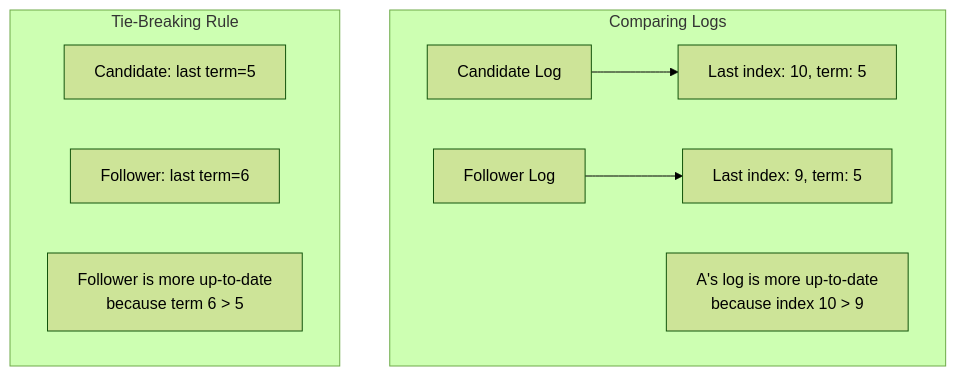
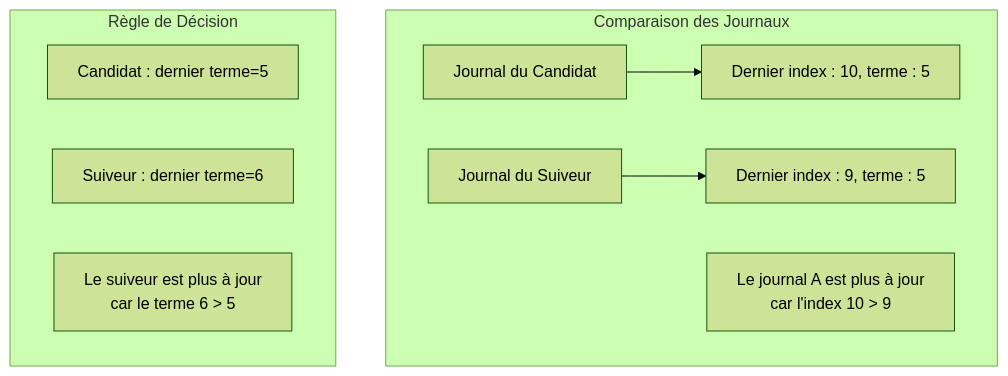
Before and after one commit to dardourimohamed/distributed-systems-course: the ninth of 10 diagrams in src/consensus/12-raft-algorithm.md, drawn with Mermaid (forest theme). The commit also changed other lines of this file and 38 other files, not shown here.

````diff
--- a/src/consensus/12-raft-algorithm.md
+++ b/src/consensus/12-raft-algorithm.md
@@ -347,19 +350,19 @@
 ```mermaid
 graph TB
-    subgraph "Comparing Logs"
-        A[Candidate Log]
-        B[Follower Log]
+    subgraph "Comparaison des Journaux"
+        A[Journal du Candidat]
+        B[Journal du Suiveur]
 
-        A --> A1[Last index: 10, term: 5]
-        B --> B1[Last index: 9, term: 5]
+        A --> A1[Dernier index : 10, terme : 5]
+        B --> B1[Dernier index : 9, terme : 5]
 
-        Result[A's log is more up-to-date<br/>because index 10 > 9]
+        Result[Le journal A est plus à jour<br/>car l'index 10 > 9]
     end
 
-    subgraph "Tie-Breaking Rule"
-        C[Candidate: last term=5]
-        D[Follower: last term=6]
+    subgraph "Règle de Décision"
+        C[Candidat : dernier terme=5]
+        D[Suiveur : dernier terme=6]
 
-        Result2[Follower is more up-to-date<br/>because term 6 > 5]
+        Result2[Le suiveur est plus à jour<br/>car le terme 6 > 5]
     end
 ```
````
